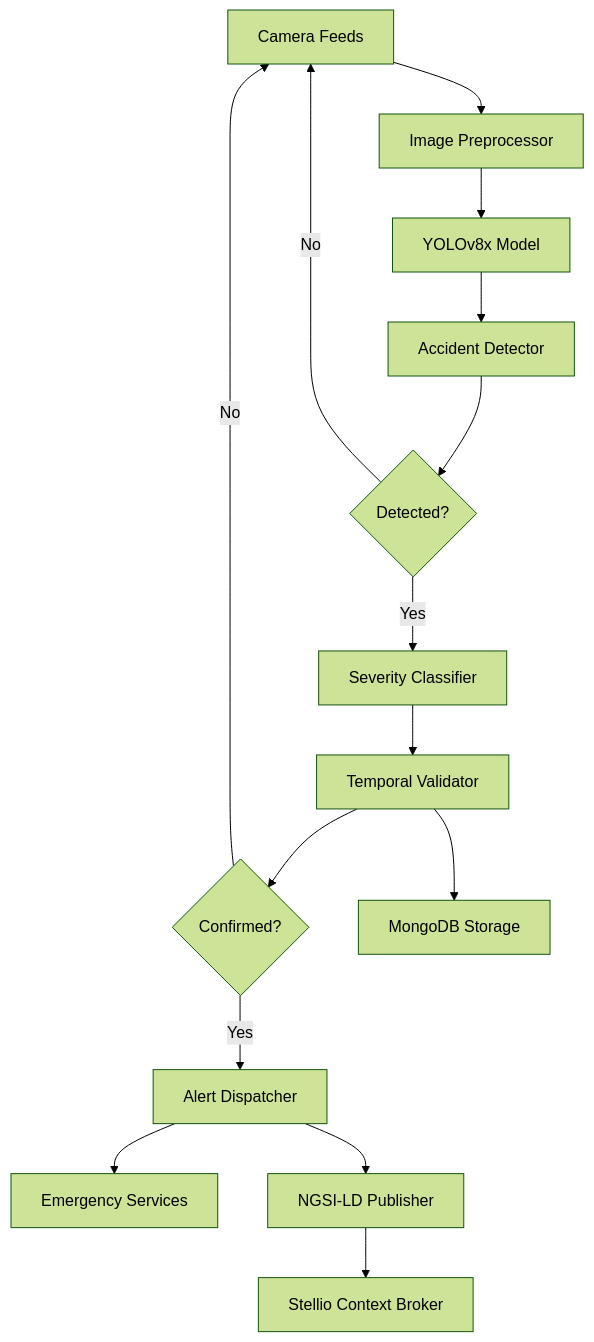
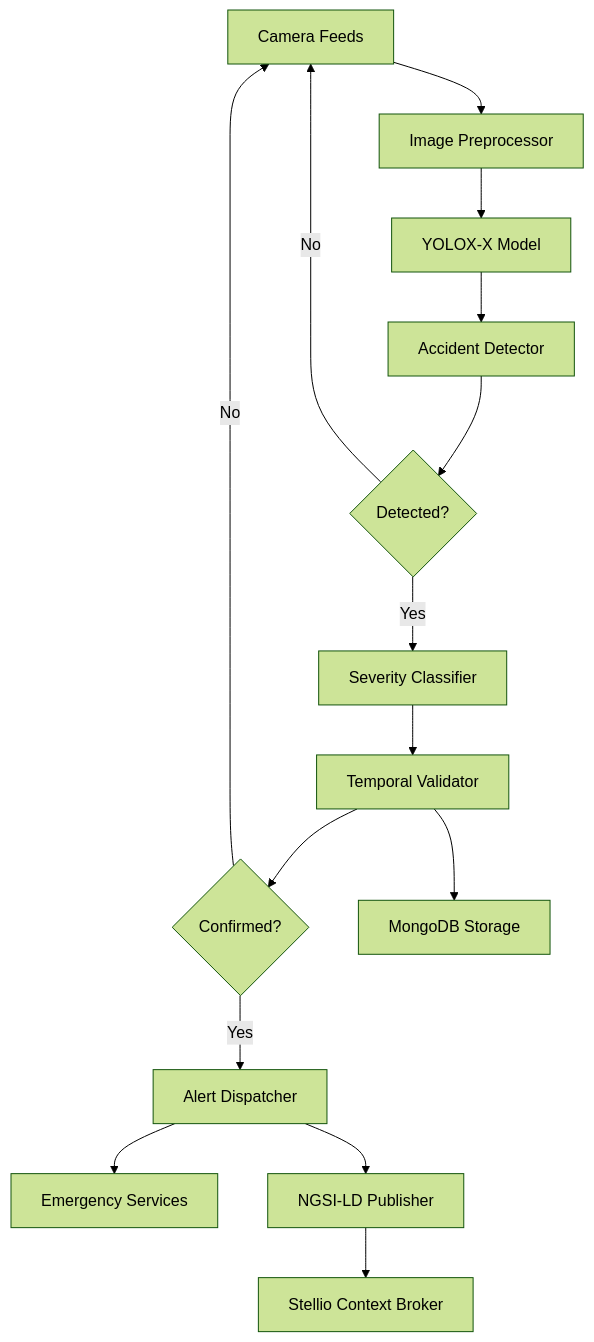
Before and after one commit to NguyenNhatquang522004/UIP-Urban_Intelligence_Platform: the diagram in apps/traffic-web-app/frontend/docs/docs/agents/analytics/accident-detection.md, drawn with Mermaid (forest theme). The commit also changed other lines of this file and 62 other files, not shown here.

````diff
--- a/apps/traffic-web-app/frontend/docs/docs/agents/analytics/accident-detection.md
+++ b/apps/traffic-web-app/frontend/docs/docs/agents/analytics/accident-detection.md
@@ -18,17 +18,17 @@
 ```mermaid
 graph TB
     A[Camera Feeds] --> B[Image Preprocessor]
-    B --> C[YOLOv8x Model]
+    B --> C[YOLOX-X Model]
     C --> D[Accident Detector]
     D --> E{Detected?}
     E -->|Yes| F[Severity Classifier]
     E -->|No| A
     F --> G[Temporal Validator]
     G --> H{Confirmed?}
     H -->|Yes| I[Alert Dispatcher]
     H -->|No| A
     I --> J[Emergency Services]
     I --> K[NGSI-LD Publisher]
     K --> L[Stellio Context Broker]
     G --> M[MongoDB Storage]
 ```
````
